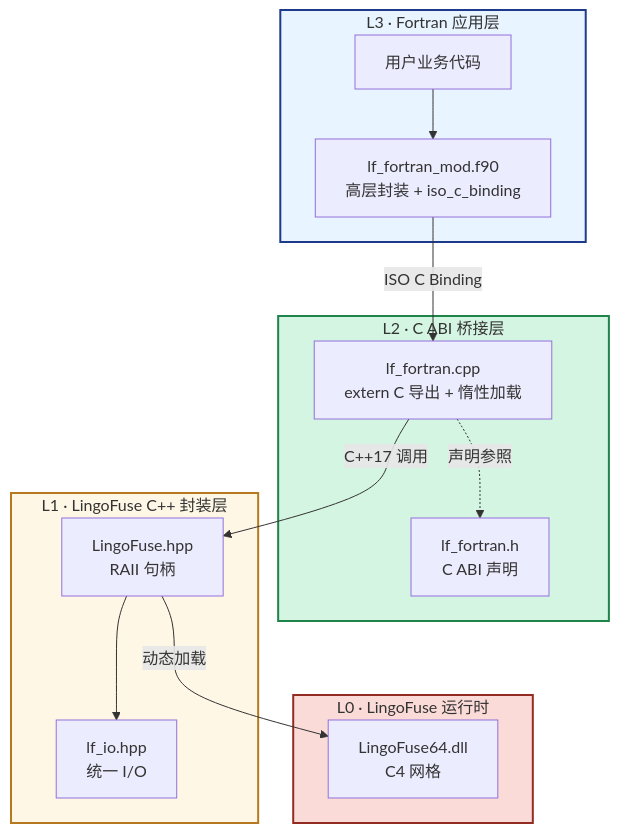
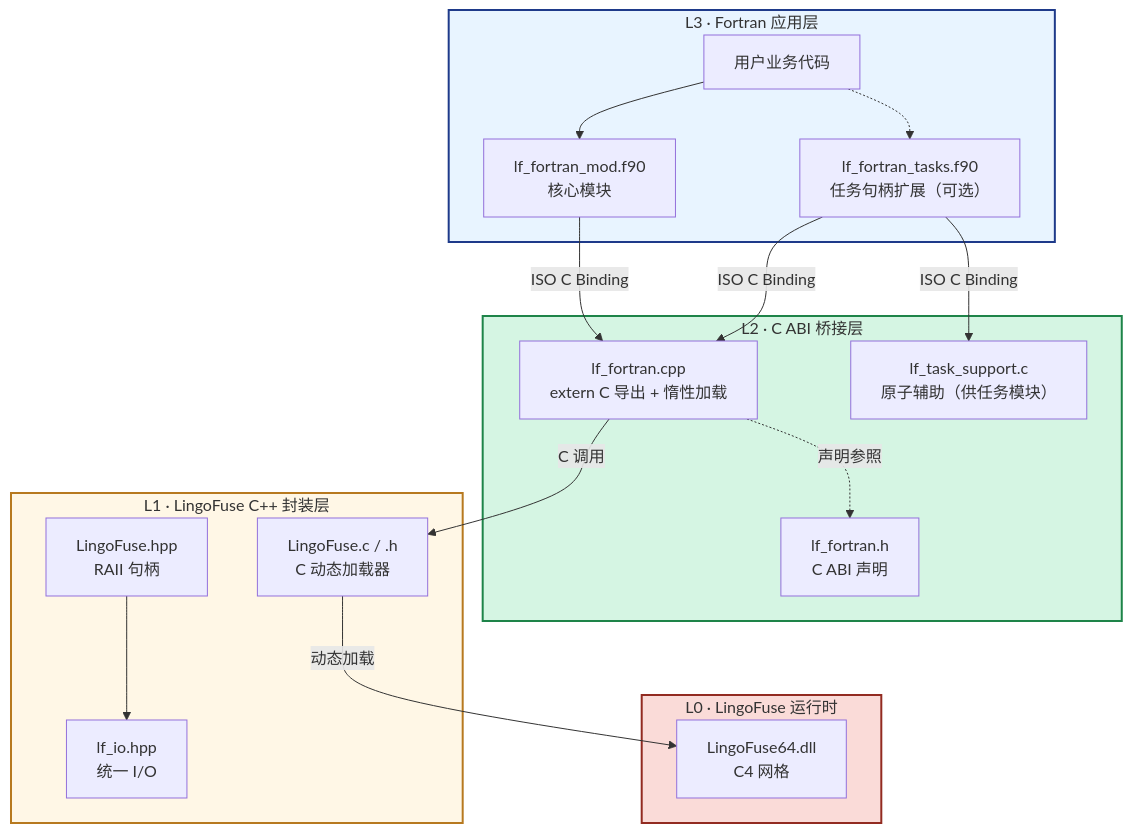
The first of 19 diagrams in fortran/README.md (PassByYou888/LingoFuse), drawn with Mermaid before and after one commit. The commit also changed other lines of this file and 16 other files, not shown here.

````diff
--- a/fortran/README.md
+++ b/fortran/README.md
@@ -39,33 +57,39 @@
 ```mermaid
 flowchart TB
     subgraph L3["L3 · Fortran 应用层"]
         App["用户业务代码"]
-        Mod["lf_fortran_mod.f90<br/>高层封装 + iso_c_binding"]
+        Mod["lf_fortran_mod.f90<br/>核心模块"]
+        Tasks["lf_fortran_tasks.f90<br/>任务句柄扩展（可选）"]
     end
 
     subgraph L2["L2 · C ABI 桥接层"]
         Hdr["lf_fortran.h<br/>C ABI 声明"]
         Cpp["lf_fortran.cpp<br/>extern C 导出 + 惰性加载"]
+        Atomic["lf_task_support.c<br/>原子辅助（供任务模块）"]
     end
 
     subgraph L1["L1 · LingoFuse C++ 封装层"]
         Hpp["LingoFuse.hpp<br/>RAII 句柄"]
         Io["lf_io.hpp<br/>统一 I/O"]
+        CLdr["LingoFuse.c / .h<br/>C 动态加载器"]
     end
 
     subgraph L0["L0 · LingoFuse 运行时"]
         Core["LingoFuse64.dll<br/>C4 网格"]
     end
 
     App --> Mod
+    App -.-> Tasks
     Mod -->|"ISO C Binding"| Cpp
+    Tasks -->|"ISO C Binding"| Cpp
+    Tasks -->|"ISO C Binding"| Atomic
     Cpp -.->|"声明参照"| Hdr
-    Cpp -->|"C++17 调用"| Hpp
+    Cpp -->|"C 调用"| CLdr
     Hpp --> Io
-    Hpp -->|"动态加载"| Core
+    CLdr -->|"动态加载"| Core
 
     style L3 fill:#E8F4FF,stroke:#1E3A8A,stroke-width:2px
     style L2 fill:#D5F5E3,stroke:#1E8449,stroke-width:2px
     style L1 fill:#FFF7E6,stroke:#B7791F,stroke-width:2px
     style L0 fill:#FADBD8,stroke:#922B21,stroke-width:2px
 ```
````
